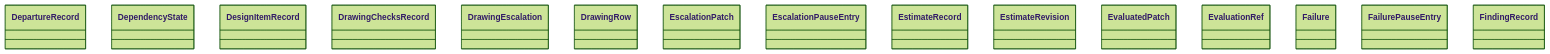
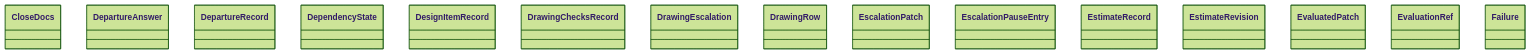
The diagram in docs/architecture/generated/classes-process-domain-state-5.md (GonzaloZevallos/agentic-system), drawn with Mermaid (forest theme) before and after one commit. The commit also changed 15 other files, not shown here.

````diff
--- a/docs/architecture/generated/classes-process-domain-state-5.md
+++ b/docs/architecture/generated/classes-process-domain-state-5.md
@@ -31,18 +31,18 @@
 ```mermaid
 classDiagram
+    class task__CloseDocs["CloseDocs"]
+    class task__DepartureAnswer["DepartureAnswer"]
     class task__DepartureRecord["DepartureRecord"]
     class task__DependencyState["DependencyState"]
     class task__DesignItemRecord["DesignItemRecord"]
     class task__DrawingChecksRecord["DrawingChecksRecord"]
     class task__DrawingEscalation["DrawingEscalation"]
     class task__DrawingRow["DrawingRow"]
     class task__EscalationPatch["EscalationPatch"]
     class task__EscalationPauseEntry["EscalationPauseEntry"]
     class task__EstimateRecord["EstimateRecord"]
     class task__EstimateRevision["EstimateRevision"]
     class task__EvaluatedPatch["EvaluatedPatch"]
     class task__EvaluationRef["EvaluationRef"]
     class task__Failure["Failure"]
-    class task__FailurePauseEntry["FailurePauseEntry"]
-    class task__FindingRecord["FindingRecord"]
 ```
````
